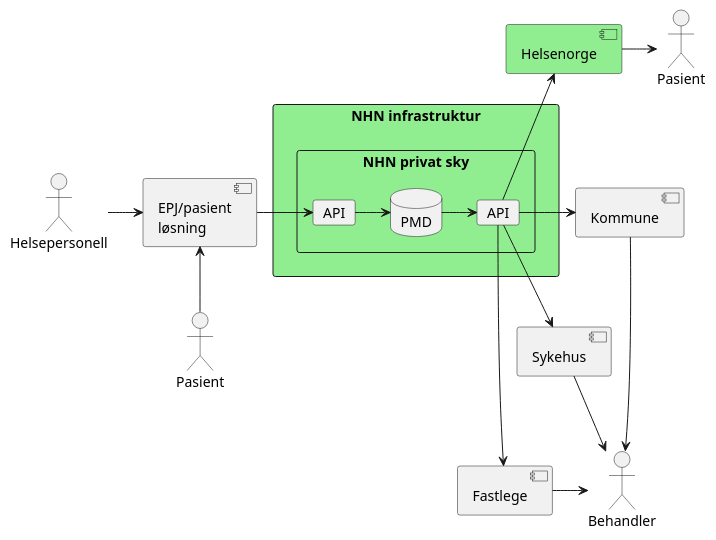
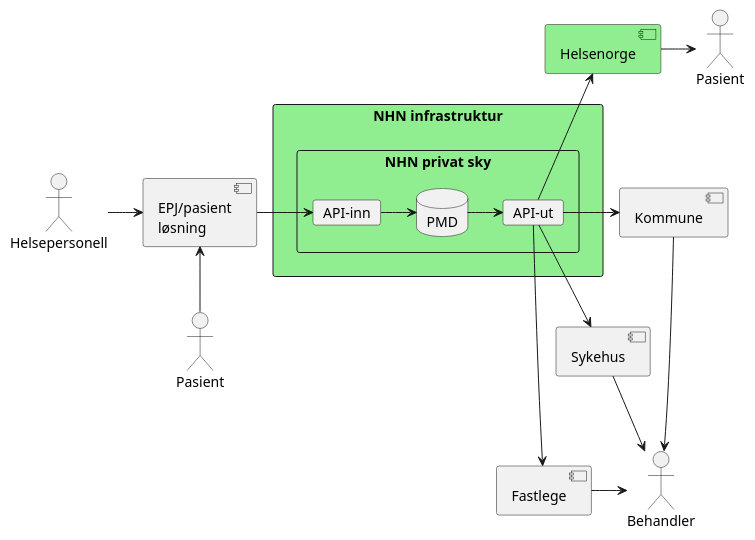
Before and after one commit to HL7Norway/VkpObservation: the diagram in VkpObservation/input/images-source/PMD-only.plantuml, drawn with PlantUML. The commit also changed 1 other file, not shown here.

```diff
--- a/VkpObservation/input/images-source/PMD-only.plantuml
+++ b/VkpObservation/input/images-source/PMD-only.plantuml
@@ -1,65 +1,63 @@
 @startuml
 
 actor "Pasient" as pasient
 actor "Helsepersonell" as helseinn
 
 'component "DHO\nløsning" as dho
 component "EPJ/pasient\nløsning" as annen
 
 rectangle "NHN infrastruktur" as NHN #LightGreen {
 'card "API" as apinn
 'component "VKP" as VKP
 'card "API" as apiut
 
 rectangle "NHN privat sky" as NHNPS {
-   card "API" as apinn2
+   card "API-inn" as apinn2
    database "PMD" as pmd
-   card "API" as apiut2
+   card "API-ut" as apiut2
 }
 }
 'component "Kommune\nPLO EPJ" as epj
 
 component "Helsenorge" as helsenorge #LightGreen
 component "Kommune" as kommune
 component "Sykehus" as syk
 component "Fastlege" as fastlege
 
 'rectangle "konsument" as konsument {
 actor "Pasient" as pasientk
 actor "Behandler" as behandler
-'pasientk -down- behandler
-'}
 
 'dho -down[hidden]- annen
 helsenorge -down[hidden]- kommune
 
 apiut2 -up-> helsenorge
 helsenorge -right-> pasientk
 
 helseinn -> annen
 'pasient -> dho
 pasient -up-> annen
 'dho -> apinn
 'apinn -> VKP
 'VKP -> apiut
 annen -right-> apinn2
 
 'VKP -down-> pmd
 apinn2 -> pmd
 pmd -> apiut2
 
 'epj -[hidden]- kommune
 kommune -[hidden]- syk
 syk -[hidden]- fastlege
 
 'apiut -> epj
 
 apiut2 -right-> kommune
 apiut2 -right-> syk
 apiut2 -right-> fastlege
 'epj -> behandler
 kommune -right-> behandler
 syk -right-> behandler
 fastlege -right-> behandler
 
 @enduml
```
